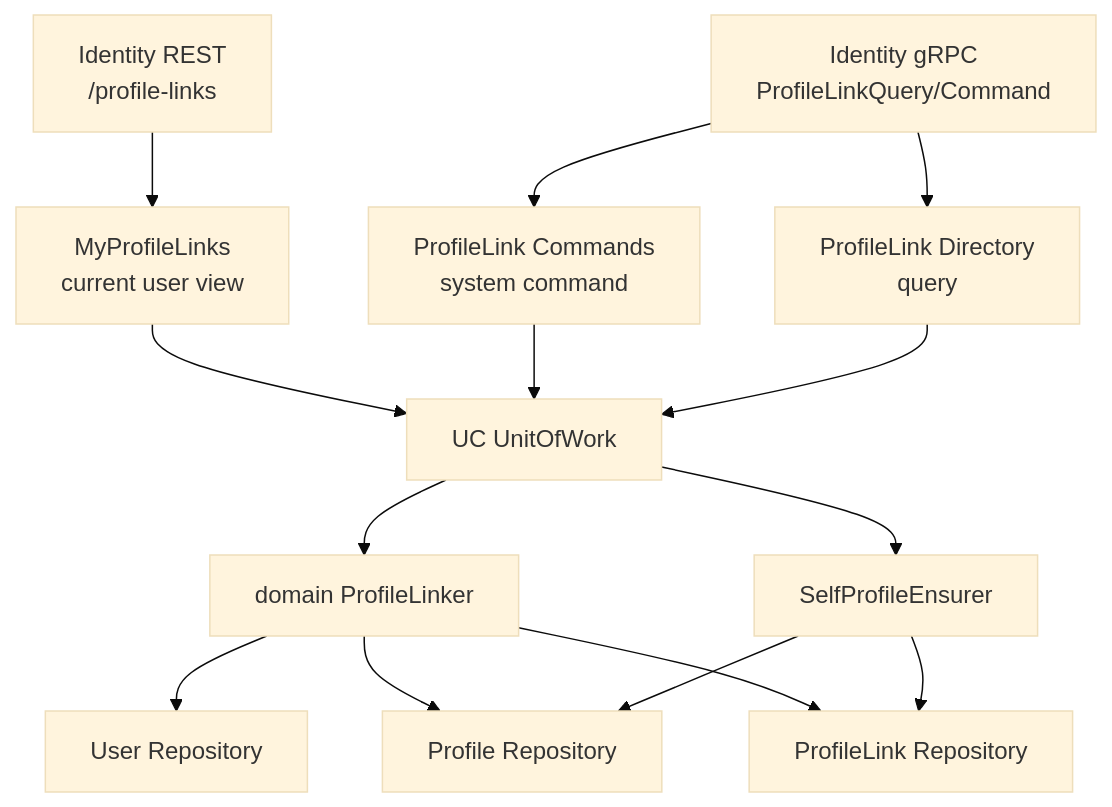
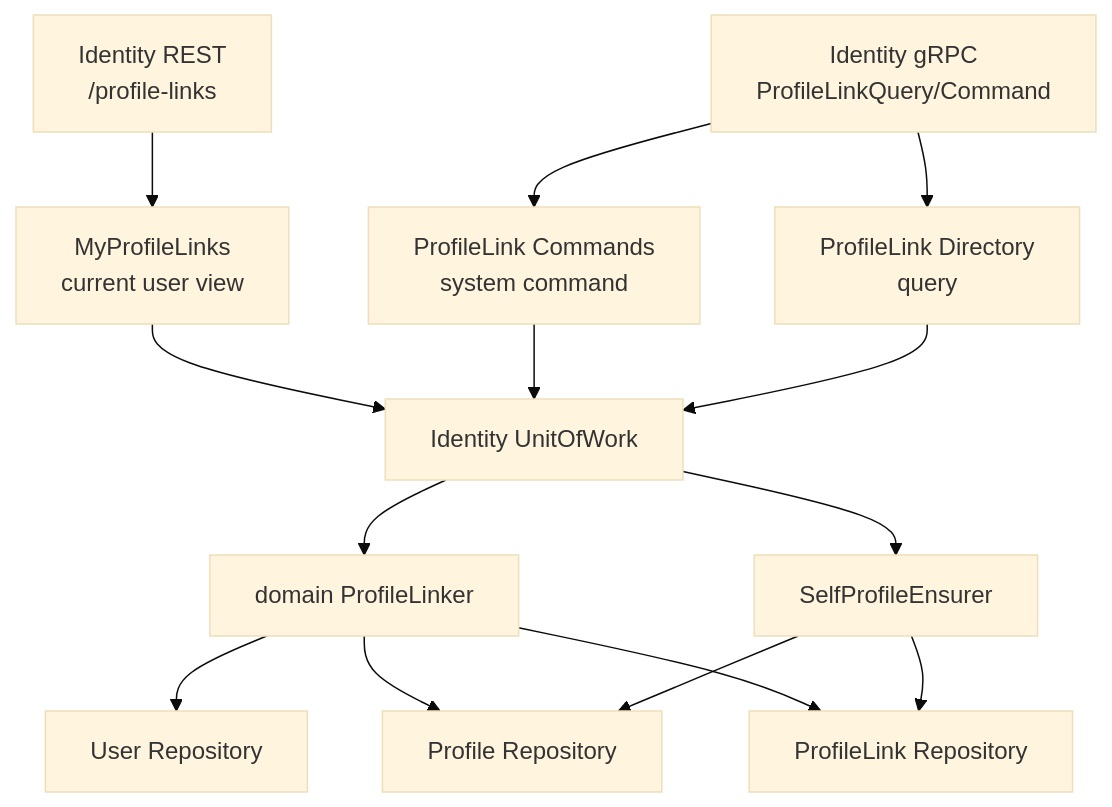
Before and after one commit to FangcunMount/iam: the first of 6 diagrams in docs/_archive/05-专题分析/04-ProfileLink链路--用户&儿童档案关系协作.md, drawn with Mermaid (base theme). The commit also changed other lines of this file and 215 other files, not shown here.

````diff
--- a/docs/_archive/05-专题分析/04-ProfileLink链路--用户&儿童档案关系协作.md
+++ b/docs/_archive/05-专题分析/04-ProfileLink链路--用户&儿童档案关系协作.md
@@ -17,28 +17,28 @@
 ```mermaid
 flowchart TD
     REST["Identity REST\n/profile-links"]
     GRPC["Identity gRPC\nProfileLinkQuery/Command"]
     MyLinks["MyProfileLinks\ncurrent user view"]
     Commands["ProfileLink Commands\nsystem command"]
     Directory["ProfileLink Directory\nquery"]
-    UOW["UC UnitOfWork"]
+    UOW["Identity UnitOfWork"]
     Linker["domain ProfileLinker"]
     Ensurer["SelfProfileEnsurer"]
     User["User Repository"]
     Profile["Profile Repository"]
     Links["ProfileLink Repository"]
 
     REST --> MyLinks
     GRPC --> Commands
     GRPC --> Directory
     MyLinks --> UOW
     Commands --> UOW
     Directory --> UOW
     UOW --> Linker
     UOW --> Ensurer
     Linker --> User
     Linker --> Profile
     Linker --> Links
     Ensurer --> Profile
     Ensurer --> Links
 ```
````
